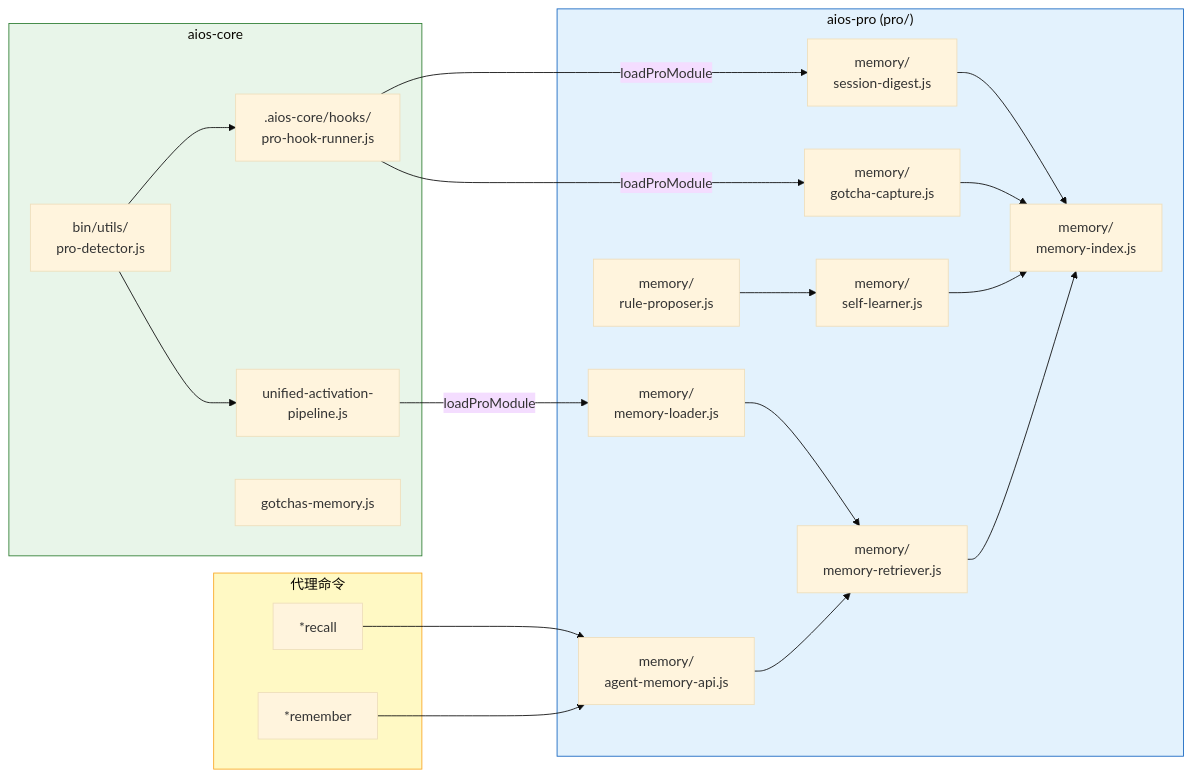
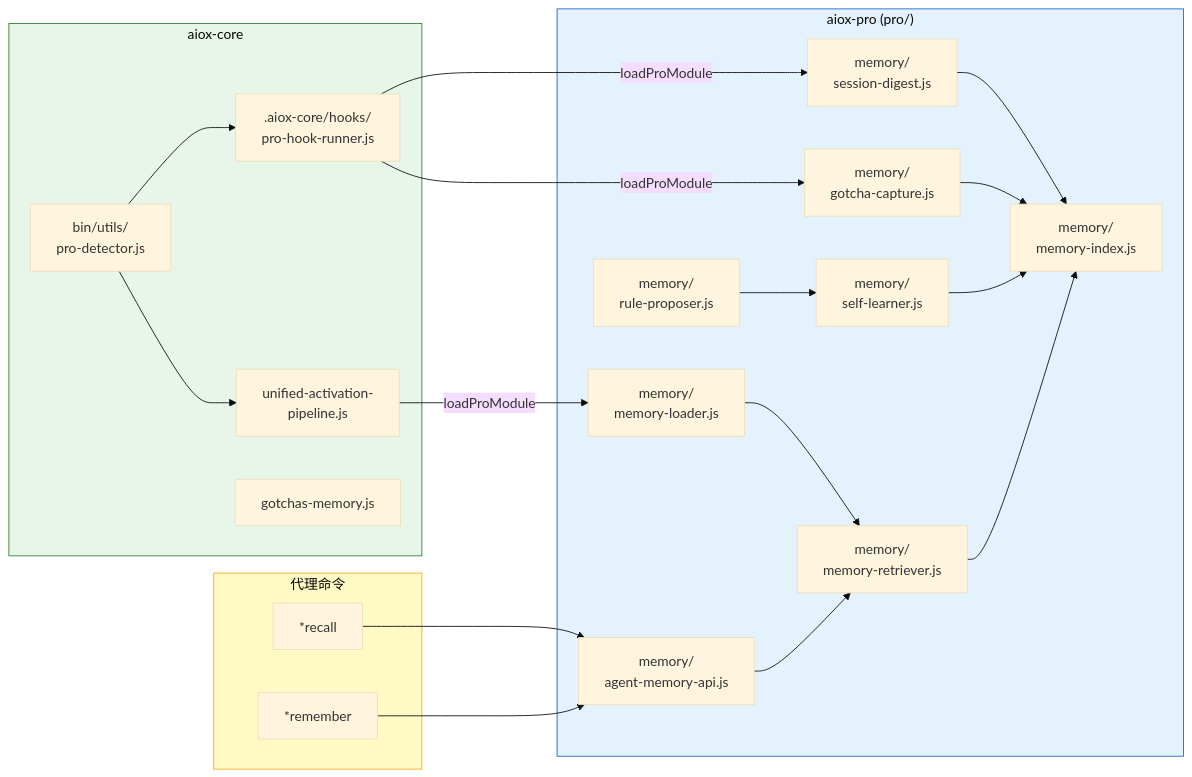
Before and after one commit to brunajunckes/aiox-core: the fourth of 11 diagrams in docs/zh/guides/MEMORY-INTELLIGENCE-SYSTEM.md, drawn with Mermaid (base theme). The commit also changed other lines of this file and 3396 other files, not shown here.

First line of the commit message:
chore: rebrand aios → aiox across entire codebase (#552)

````diff
--- a/docs/zh/guides/MEMORY-INTELLIGENCE-SYSTEM.md
+++ b/docs/zh/guides/MEMORY-INTELLIGENCE-SYSTEM.md
@@ -377,46 +377,46 @@
 ```mermaid
 flowchart LR
-    subgraph CORE["aios-core"]
-        HR[".aios-core/hooks/<br/>pro-hook-runner.js"]
+    subgraph CORE["aiox-core"]
+        HR[".aiox-core/hooks/<br/>pro-hook-runner.js"]
         UAP["unified-activation-<br/>pipeline.js"]
         GM["gotchas-memory.js"]
         PD["bin/utils/<br/>pro-detector.js"]
     end
 
-    subgraph PRO["aios-pro (pro/)"]
+    subgraph PRO["aiox-pro (pro/)"]
         SD["memory/<br/>session-digest.js"]
         GC["memory/<br/>gotcha-capture.js"]
         MI["memory/<br/>memory-index.js"]
         MR["memory/<br/>memory-retriever.js"]
         ML["memory/<br/>memory-loader.js"]
         SL["memory/<br/>self-learner.js"]
         RP["memory/<br/>rule-proposer.js"]
         API["memory/<br/>agent-memory-api.js"]
     end
 
     subgraph COMMANDS["代理命令"]
         CMD_RECALL["*recall"]
         CMD_REMEMBER["*remember"]
     end
 
     HR -->|"loadProModule"| SD
     HR -->|"loadProModule"| GC
     UAP -->|"loadProModule"| ML
     PD --> HR
     PD --> UAP
 
     SD --> MI
     GC --> MI
     SL --> MI
     ML --> MR
     MR --> MI
     API --> MR
     RP --> SL
 
     CMD_RECALL --> API
     CMD_REMEMBER --> API
 
     style CORE fill:#E8F5E9,stroke:#2E7D32
     style PRO fill:#E3F2FD,stroke:#1565C0
     style COMMANDS fill:#FFF9C4,stroke:#F9A825
 ```
````
